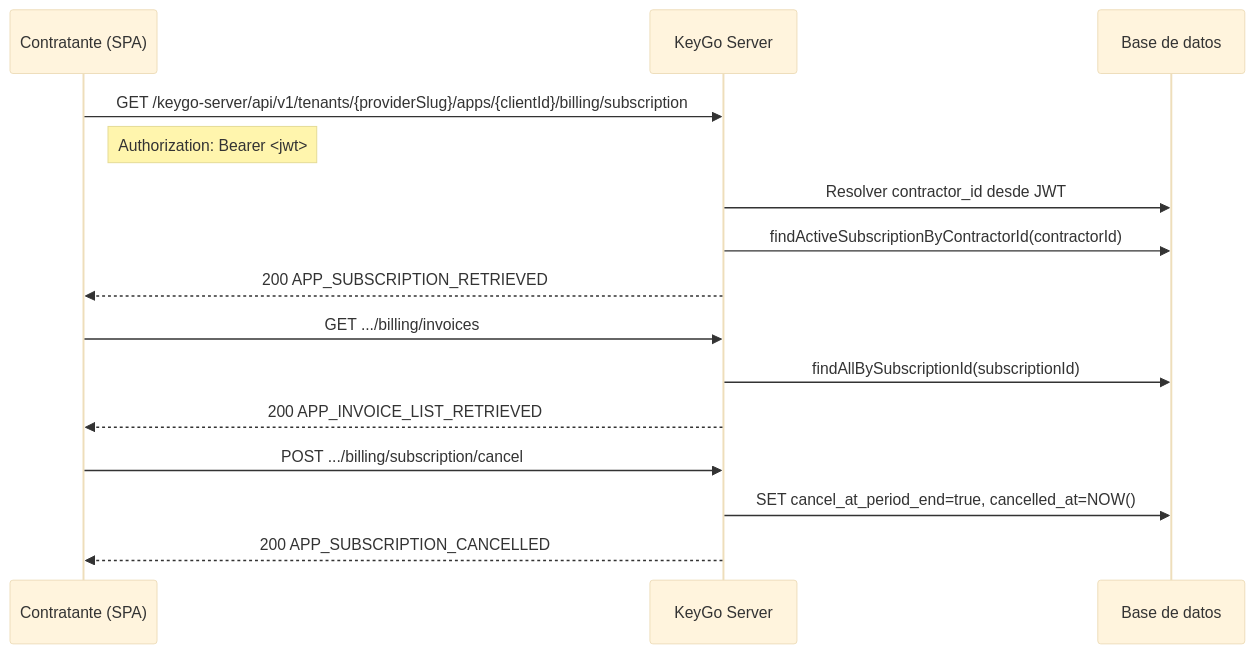
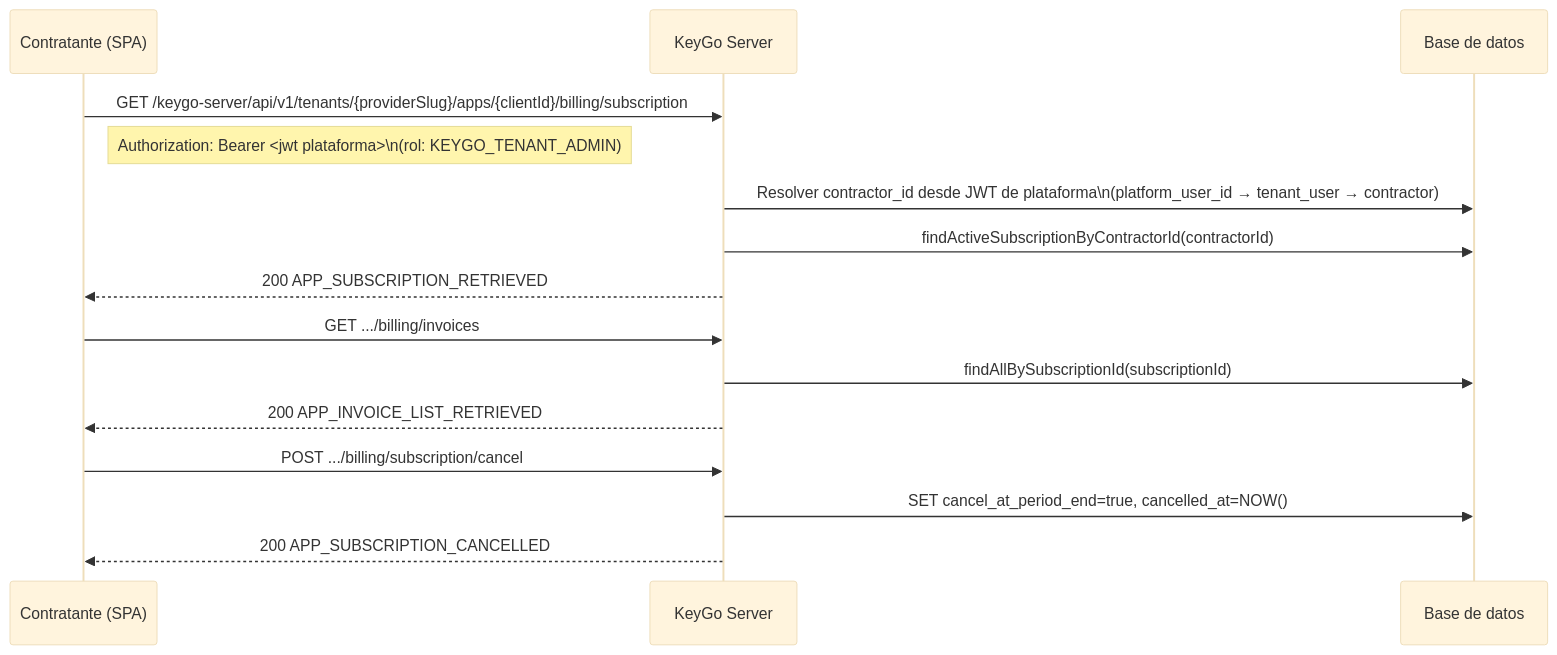
One commit to cmartinezs/keygo-web-ui changed the eighth of 10 diagrams in docs/BILLING_FLOW.md. Above: the diagram before and after it, drawn with Mermaid (base theme). The commit also changed other lines of this file and 39 other files, not shown here.

````diff
--- a/docs/BILLING_FLOW.md
+++ b/docs/BILLING_FLOW.md
@@ -350,20 +456,20 @@
 ```mermaid
 sequenceDiagram
     participant C as Contratante (SPA)
     participant K as KeyGo Server
     participant DB as Base de datos
 
     C->>K: GET /keygo-server/api/v1/tenants/{providerSlug}/apps/{clientId}/billing/subscription
-    Note right of C: Authorization: Bearer <jwt>
-    K->>DB: Resolver contractor_id desde JWT
+    Note right of C: Authorization: Bearer <jwt plataforma>\n(rol: KEYGO_TENANT_ADMIN)
+    K->>DB: Resolver contractor_id desde JWT de plataforma\n(platform_user_id → tenant_user → contractor)
     K->>DB: findActiveSubscriptionByContractorId(contractorId)
     K-->>C: 200 APP_SUBSCRIPTION_RETRIEVED
 
     C->>K: GET .../billing/invoices
     K->>DB: findAllBySubscriptionId(subscriptionId)
     K-->>C: 200 APP_INVOICE_LIST_RETRIEVED
 
     C->>K: POST .../billing/subscription/cancel
     K->>DB: SET cancel_at_period_end=true, cancelled_at=NOW()
     K-->>C: 200 APP_SUBSCRIPTION_CANCELLED
 ```
````
